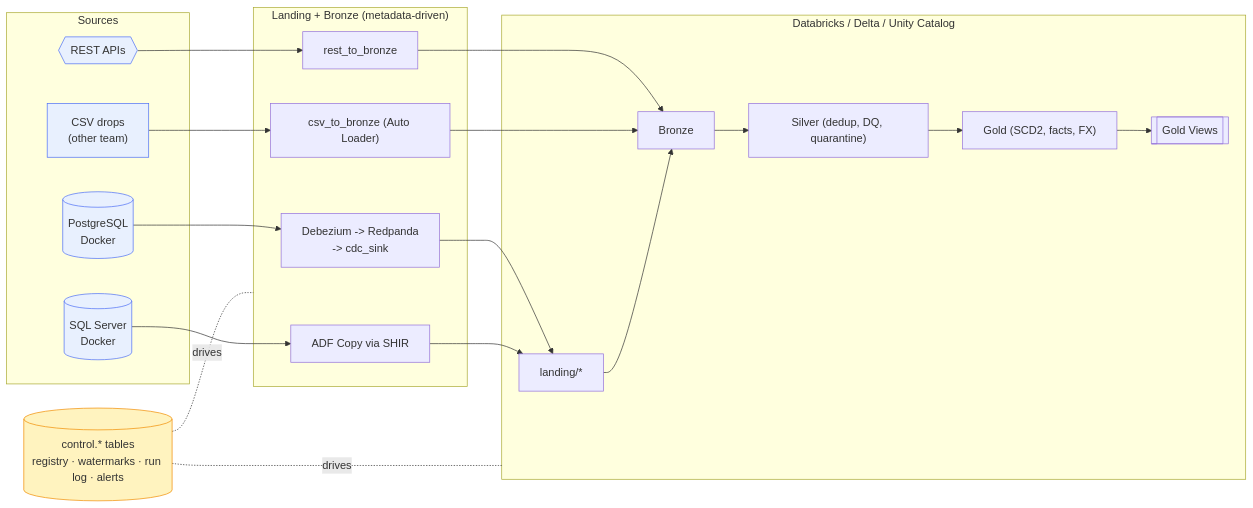
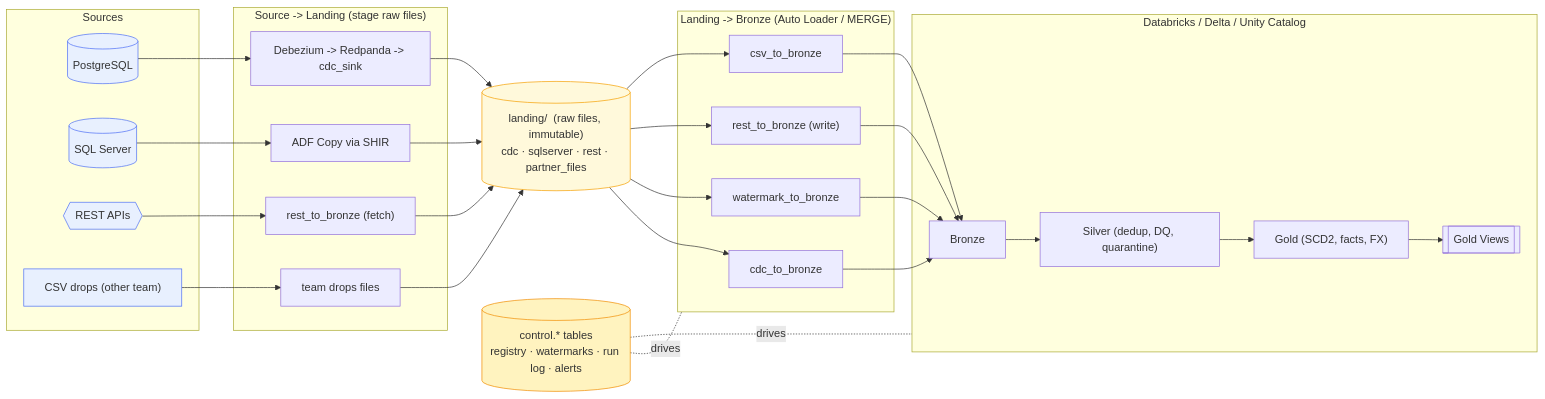
Before and after one commit to Sohailtanveer1/ecommerce-databricks-pipeline: the diagram in docs/ARCHITECTURE_V2.md, drawn with Mermaid. The commit also changed other lines of this file, not shown here.

Commit message:
docs(v2): fix architecture diagram to show all sources landing-first
The diagram wrongly drew REST/CSV skipping landing and only routed CDC/watermark
through it. In code, watermark/CDC/CSV all land raw files first then Auto Load to
Bronze; REST fetches+lands+writes Bronze in one pass. Redraw: Sources -> Producers
-> landing/ -> Loaders -> Bronze, consistently for all four.

````diff
--- a/docs/ARCHITECTURE_V2.md
+++ b/docs/ARCHITECTURE_V2.md
@@ -8,37 +8,47 @@
 ```mermaid
 flowchart LR
     subgraph Sources
-      PG[("PostgreSQL\nDocker")]:::s
-      SS[("SQL Server\nDocker")]:::s
+      PG[("PostgreSQL")]:::s
+      SS[("SQL Server")]:::s
       API{{"REST APIs"}}:::s
-      CSV["CSV drops\n(other team)"]:::s
+      CSV["CSV drops (other team)"]:::s
     end
 
-    subgraph Ingest["Landing + Bronze (metadata-driven)"]
-      DBZ["Debezium -> Redpanda\n-> cdc_sink"]
+    subgraph Producers["Source -> Landing (stage raw files)"]
+      DBZ["Debezium -> Redpanda -> cdc_sink"]
       SHIR["ADF Copy via SHIR"]
-      RST["rest_to_bronze"]
-      CSVJ["csv_to_bronze (Auto Loader)"]
+      RSTF["rest_to_bronze (fetch)"]
+      DROP["team drops files"]
+    end
+
+    LAND[("landing/  (raw files, immutable)\ncdc · sqlserver · rest · partner_files")]:::l
+
+    subgraph Loaders["Landing -> Bronze (Auto Loader / MERGE)"]
+      CDCJ["cdc_to_bronze"]
+      WMJ["watermark_to_bronze"]
+      RSTB["rest_to_bronze (write)"]
+      CSVJ["csv_to_bronze"]
     end
 
     subgraph Lake["Databricks / Delta / Unity Catalog"]
-      LAND["landing/*"]
       BR["Bronze"]
       SI["Silver (dedup, DQ, quarantine)"]
       GO["Gold (SCD2, facts, FX)"]
       GV[["Gold Views"]]
     end
 
     CTL[("control.* tables\nregistry · watermarks · run log · alerts")]:::c
 
     PG --> DBZ --> LAND
     SS --> SHIR --> LAND
-    API --> RST --> BR
-    CSV --> CSVJ --> BR
-    LAND --> BR --> SI --> GO --> GV
-    CTL -. drives .- Ingest
+    API --> RSTF --> LAND
+    CSV --> DROP --> LAND
+    LAND --> CDCJ & WMJ & RSTB & CSVJ --> BR
+    BR --> SI --> GO --> GV
+    CTL -. drives .- Loaders
     CTL -. drives .- Lake
 
     classDef s fill:#e8f0fe,stroke:#4c6ef5;
     classDef c fill:#fff3bf,stroke:#f08c00;
+    classDef l fill:#fff9db,stroke:#f59f00;
 ```
````
